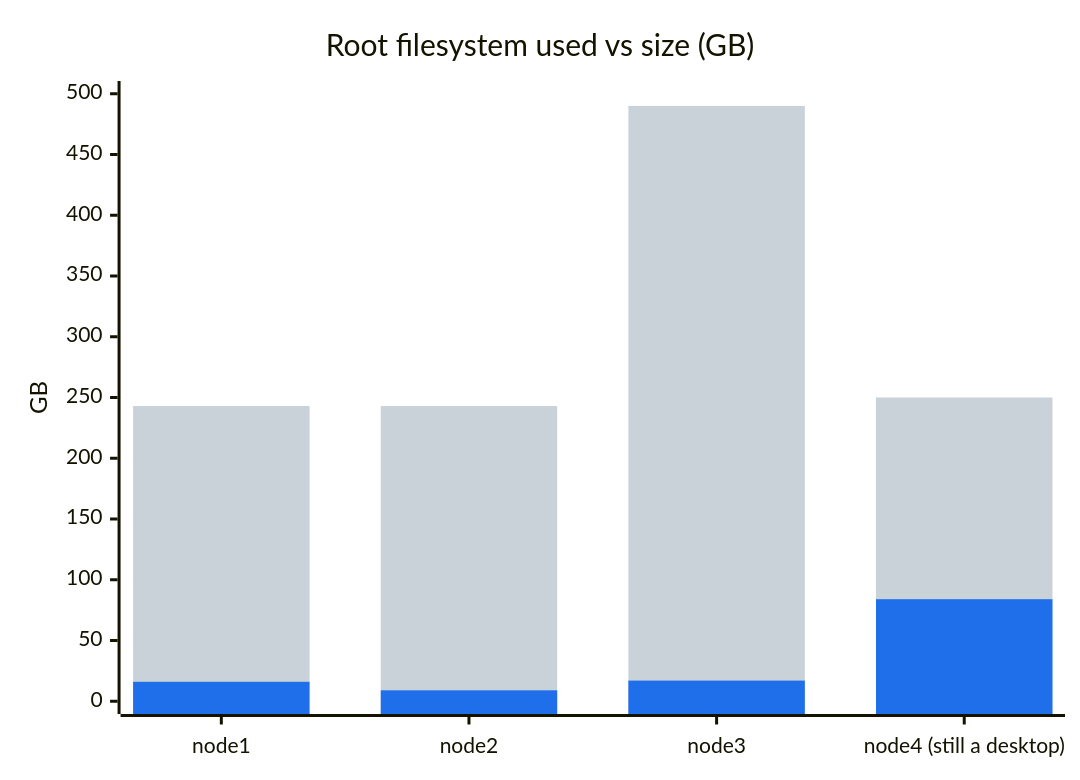
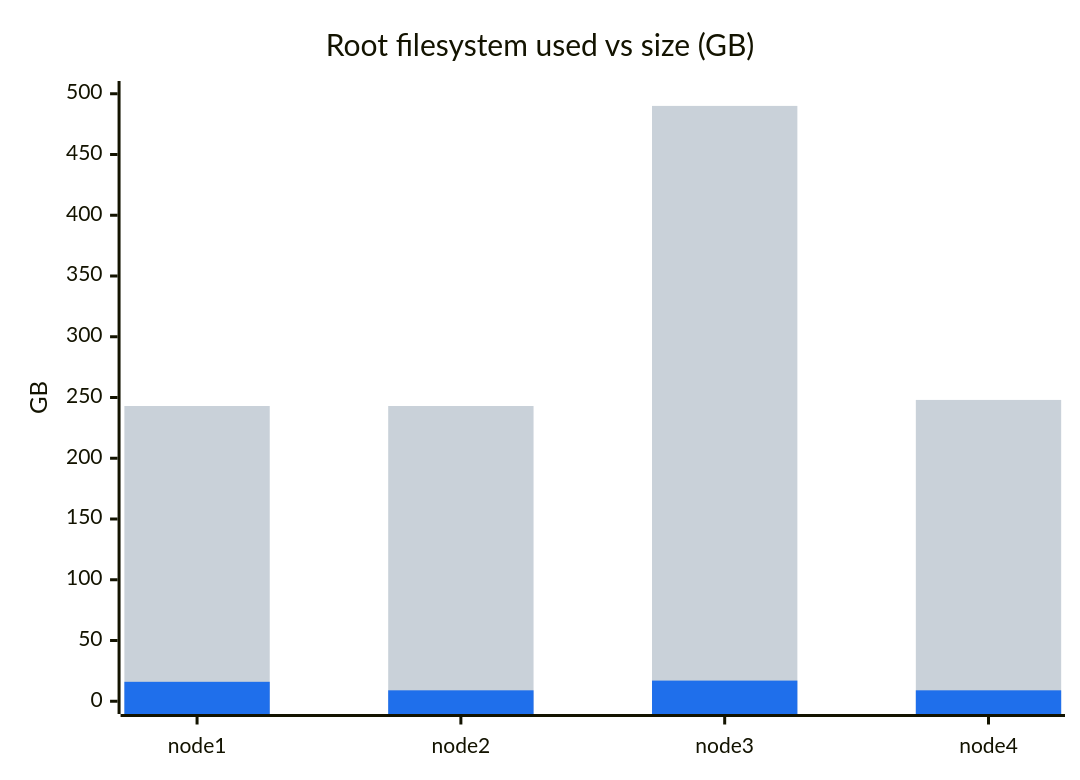
One commit to vpetukhov-wbss/homelab-infrastructure changed the second of 8 diagrams in README.md. Above: the diagram before and after it, drawn with Mermaid. The commit also changed other lines of this file and 4 other files, not shown here.

```diff
--- a/README.md
+++ b/README.md
@@ -63,14 +63,14 @@
 ~~~mermaid
 ---
 config:
   themeVariables:
     xyChart:
       plotColorPalette: "#c9d1d9, #1f6feb"
 ---
 xychart-beta
     title "Root filesystem used vs size (GB)"
-    x-axis ["node1", "node2", "node3", "node4 (still a desktop)"]
+    x-axis ["node1", "node2", "node3", "node4"]
     y-axis "GB" 0 --> 500
-    bar [243, 243, 490, 250]
-    bar [16, 9, 17, 84]
+    bar [243, 243, 490, 248]
+    bar [16, 9, 17, 9]
 ~~~
```
